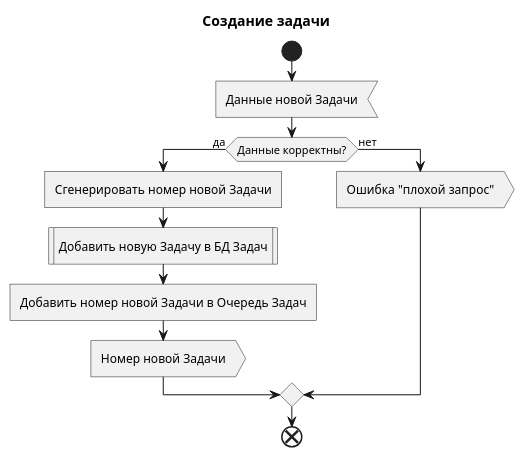
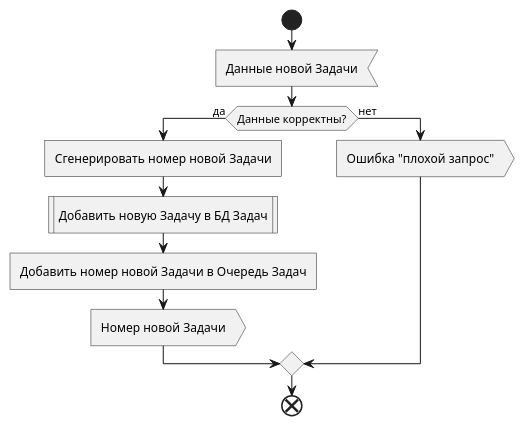
One commit to mrypdm/JobSystem changed the first of 3 diagrams in docs/diagrams/activity/Job.WebApi.puml. Above: the diagram before and after it, drawn with PlantUML. The commit also changed other lines of this file and 19 other files, not shown here.

```diff
--- a/docs/diagrams/activity/Job.WebApi.puml
+++ b/docs/diagrams/activity/Job.WebApi.puml
@@ -1,20 +1,18 @@
-@startuml Create Job
-
-title Создание задачи
+@startuml WEBAPI Create Job
 
 start
 
 :Данные новой Задачи<
 
 if (Данные корректны?) then (да)
     :Сгенерировать номер новой Задачи]
     :Добавить новую Задачу в БД Задач|
     :Добавить номер новой Задачи в Очередь Задач]
     :Номер новой Задачи>
 else (нет)
     :Ошибка "плохой запрос">
 endif
 
 end
 
 @enduml
```
